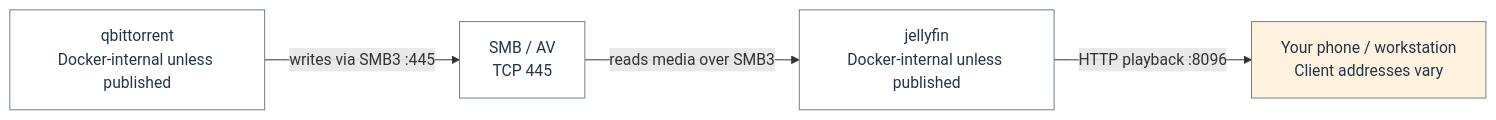
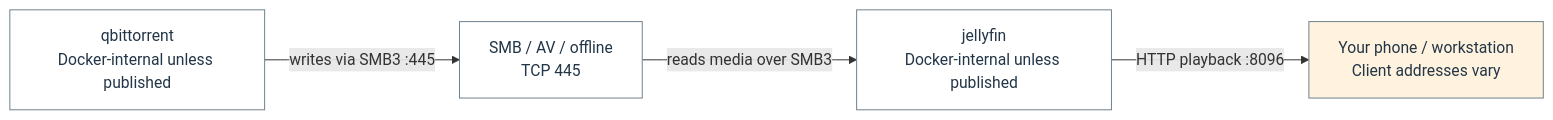
One commit to Harsh-2002/Homelab changed the fifth of 22 diagrams in docs/architecture/homelab-mermaid.md. Above: the diagram before and after it, drawn with Mermaid. The commit also changed other lines of this file and 42 other files, not shown here.

````diff
--- a/docs/architecture/homelab-mermaid.md
+++ b/docs/architecture/homelab-mermaid.md
@@ -337,14 +337,14 @@
 ```mermaid
 flowchart LR
   n_flow_3_0["qbittorrent<br/>Docker-internal unless published"]
-  n_flow_3_1["SMB / AV<br/>TCP 445"]
+  n_flow_3_1["SMB / AV / offline<br/>TCP 445"]
   n_flow_3_2["jellyfin<br/>Docker-internal unless published"]
   n_flow_3_3["Your phone / workstation<br/>Client addresses vary"]
   n_flow_3_0 -->|"writes via SMB3 :445"| n_flow_3_1
   n_flow_3_1 -->|"reads media over SMB3"| n_flow_3_2
   n_flow_3_2 -->|"HTTP playback :8096"| n_flow_3_3
   classDef c_flow_3_0 fill:#ffffff,stroke:#6c7f8c,color:#233647;
   class n_flow_3_0,n_flow_3_1,n_flow_3_2 c_flow_3_0;
   classDef c_flow_3_1 fill:#fff3df,stroke:#6c7f8c,color:#233647;
   class n_flow_3_3 c_flow_3_1;
 ```
````
